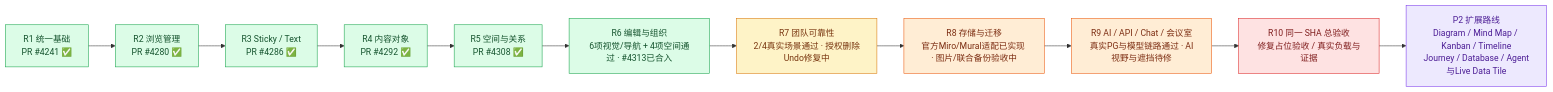
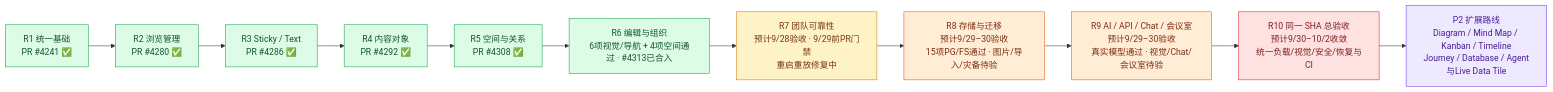
One commit to boardx/workspacex changed the first of 4 diagrams in phases/phase-19-board-visual-workspace/design-deltas/2026-09-26-unified-board-plan.md. Above: the diagram before and after it, drawn with Mermaid. The commit also changed other lines of this file, not shown here.

````diff
--- a/phases/phase-19-board-visual-workspace/design-deltas/2026-09-26-unified-board-plan.md
+++ b/phases/phase-19-board-visual-workspace/design-deltas/2026-09-26-unified-board-plan.md
@@ -23,20 +23,20 @@
 ```mermaid
 flowchart LR
   R1["R1 统一基础<br/>PR #4241 ✅"]:::merged --> R2["R2 浏览管理<br/>PR #4280 ✅"]:::merged
   R2 --> R3["R3 Sticky / Text<br/>PR #4286 ✅"]:::merged
   R3 --> R4["R4 内容对象<br/>PR #4292 ✅"]:::merged
   R4 --> R5["R5 空间与关系<br/>PR #4308 ✅"]:::merged
   R5 --> R6["R6 编辑与组织<br/>6项视觉/导航 + 4项空间通过 · #4313已合入"]:::merged
-  R6 --> R7["R7 团队可靠性<br/>2/4真实场景通过 · 授权删除Undo修复中"]:::accepting
-  R7 --> R8["R8 存储与迁移<br/>官方Miro/Mural适配已实现 · 图片/联合备份验收中"]:::working
-  R8 --> R9["R9 AI / API / Chat / 会议室<br/>真实PG与模型链路通过 · AI视野与遮挡待修"]:::working
-  R9 --> R10["R10 同一 SHA 总验收<br/>修复占位验收 / 真实负载与证据"]:::blocked
+  R6 --> R7["R7 团队可靠性<br/>预计9/28验收 · 9/29前PR门禁<br/>重启重放修复中"]:::accepting
+  R7 --> R8["R8 存储与迁移<br/>预计9/29–30验收<br/>15项PG/FS通过 · 图片/导入/灾备待验"]:::working
+  R8 --> R9["R9 AI / API / Chat / 会议室<br/>预计9/29–30验收<br/>真实模型通过 · 视觉/Chat/会议室待验"]:::working
+  R9 --> R10["R10 同一 SHA 总验收<br/>预计9/30–10/2收敛<br/>统一负载/视觉/安全/恢复与CI"]:::blocked
   R10 --> P2["P2 扩展路线<br/>Diagram / Mind Map / Kanban / Timeline<br/>Journey / Database / Agent与Live Data Tile"]:::future
   classDef merged fill:#dcfce7,stroke:#16a34a,color:#14532d
   classDef accepting fill:#fef3c7,stroke:#d97706,color:#78350f
   classDef ready fill:#dbeafe,stroke:#2563eb,color:#1e3a8a
   classDef working fill:#ffedd5,stroke:#ea580c,color:#7c2d12
   classDef blocked fill:#fee2e2,stroke:#dc2626,color:#7f1d1d
   classDef todo fill:#f1f5f9,stroke:#64748b,color:#334155
   classDef future fill:#ede9fe,stroke:#7c3aed,color:#4c1d95
 ```
````
